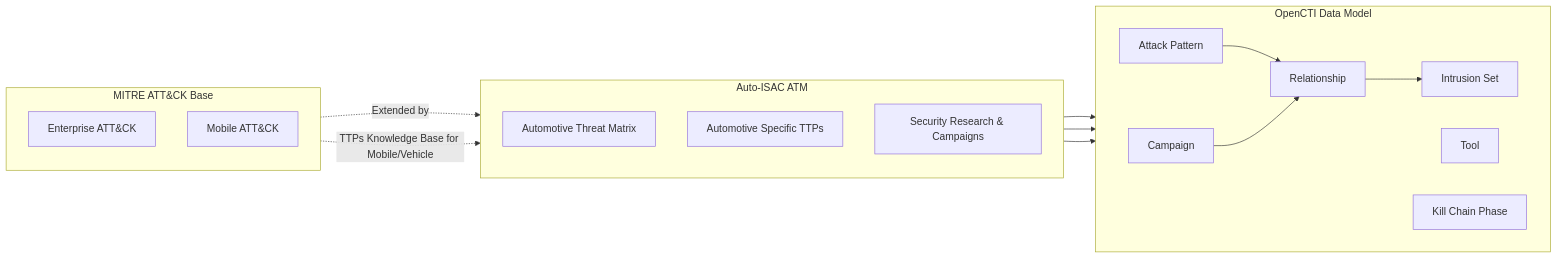
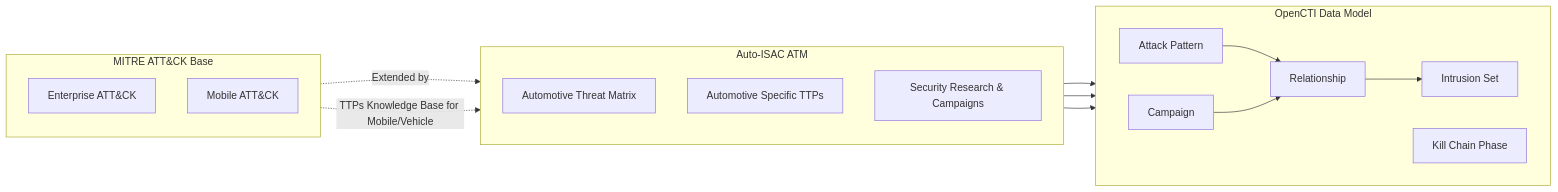
Before and after one commit to SERLABUniba/opencti_connector_atm: the diagram in README.md, drawn with Mermaid.

````diff
--- a/README.md
+++ b/README.md
@@ -190,40 +190,39 @@
 ```mermaid
 graph LR
     subgraph MITRE_Reference [MITRE ATT&CK Base]
         direction TB
         Enterprise[Enterprise ATT&CK]
         Mobile[Mobile ATT&CK]
     end
 
     subgraph AutoISAC_ATM [Auto-ISAC ATM]
         direction TB
         ATMMatrix[Automotive Threat Matrix]
         ATMTechniques[Automotive Specific TTPs]
         ATMCampaigns[Security Research & Campaigns]
     end
 
     subgraph OpenCTI_Model [OpenCTI Data Model]
         direction LR
         AttackPattern[Attack Pattern]
         Campaign[Campaign]
         InSet[Intrusion Set]
-        Tool[Tool]
         KillChain[Kill Chain Phase]
         Rel[Relationship]
     end
 
     %% Inheritance
     Enterprise -.-> |"Extended by"| ATMMatrix
     Mobile -.-> |"TTPs Knowledge Base for Mobile/Vehicle"| ATMTechniques
 
     %% Mapping ATM -> OpenCTI
     ATMMatrix --> KillChain
     ATMTechniques --> AttackPattern
     ATMCampaigns --> Campaign
     
     %% Relationship for the Model
     AttackPattern --> Rel
     Campaign --> Rel
     Rel --> InSet
 
 ```
````
